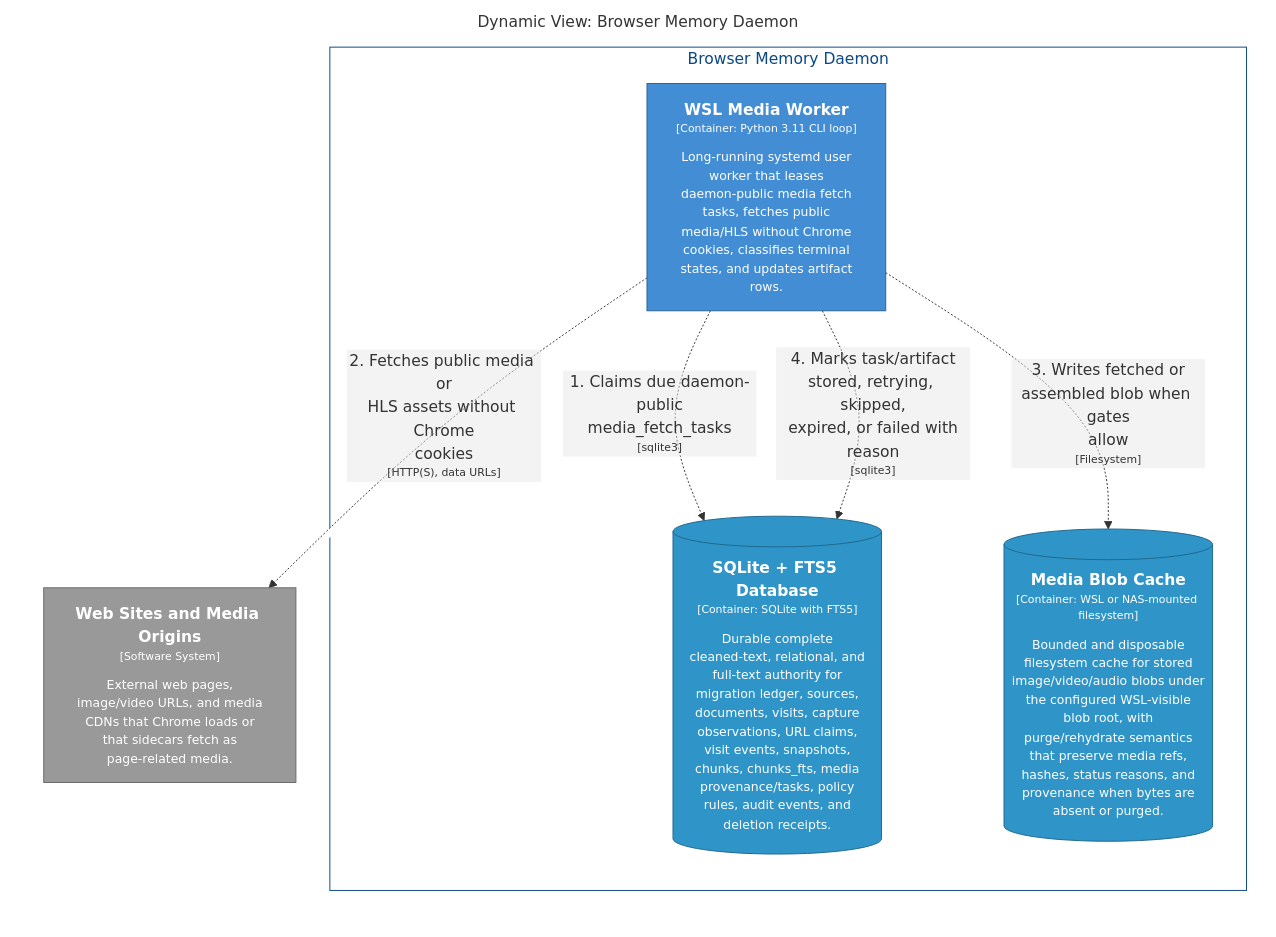
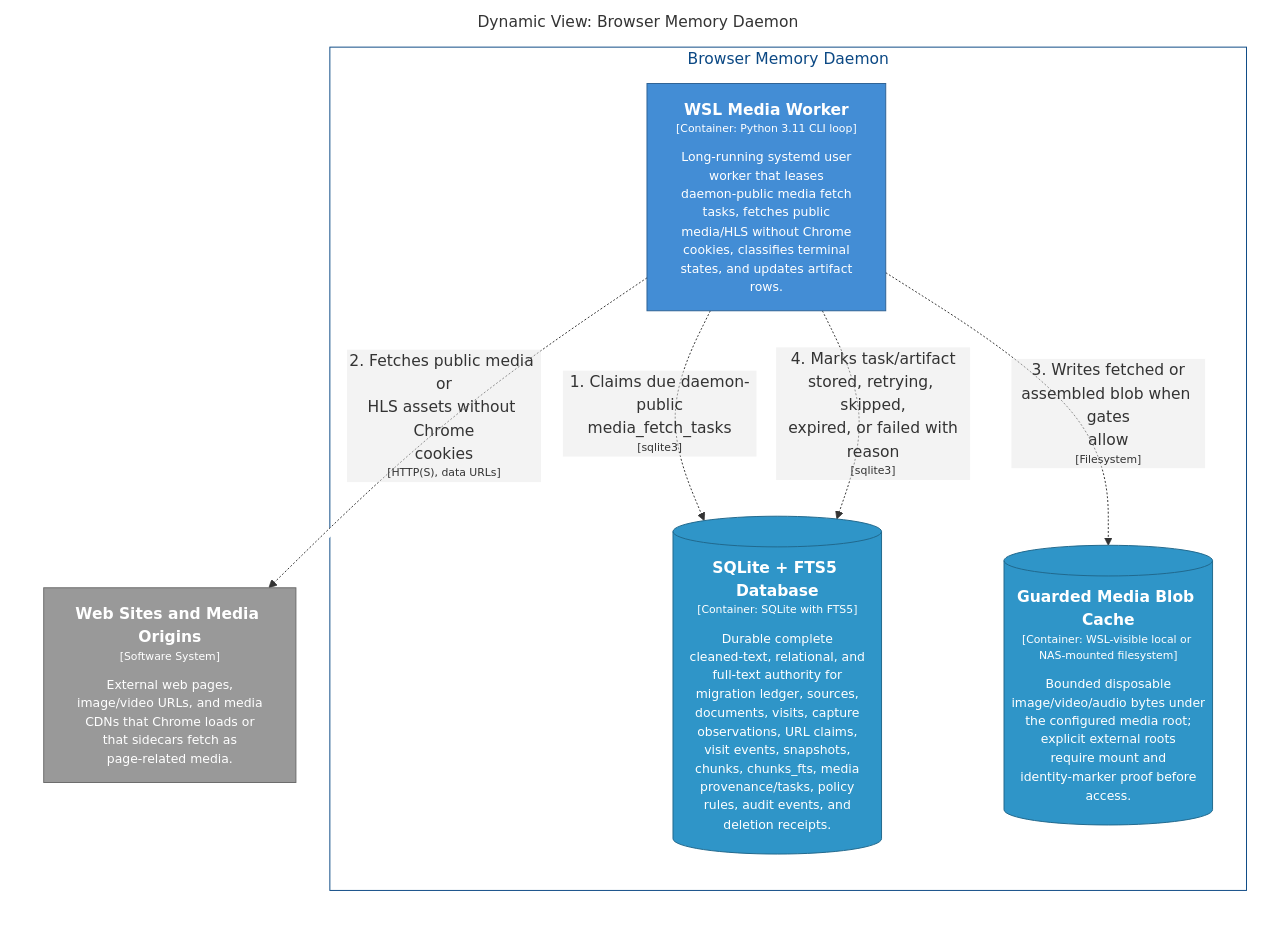
Before and after one commit to michaelnicks0/browser-memory-daemon: the diagram in docs/architecture/diagrams/markdown/DaemonPublicMediaWorkerFlow.md, drawn with Mermaid. The commit also changed 184 other files, not shown here.

Commit message:
feat(storage): split media root and add bounded spool

````diff
--- a/docs/architecture/diagrams/markdown/DaemonPublicMediaWorkerFlow.md
+++ b/docs/architecture/diagrams/markdown/DaemonPublicMediaWorkerFlow.md
@@ -16,28 +16,28 @@
 ```mermaid
 graph LR
   linkStyle default fill:#ffffff
 
   subgraph diagram ["Dynamic View: Browser Memory Daemon"]
     style diagram fill:#ffffff,stroke:#ffffff
 
     subgraph 4 ["Browser Memory Daemon"]
       style 4 fill:#ffffff,stroke:#0b4884,color:#0b4884
 
       26["<div style='font-weight: bold'>WSL Media Worker</div><div style='font-size: 70%; margin-top: 0px'>[Container: Python 3.11 CLI loop]</div><div style='font-size: 80%; margin-top:10px'>Long-running systemd user<br />worker that leases<br />daemon-public media fetch<br />tasks, fetches public<br />media/HLS without Chrome<br />cookies, classifies terminal<br />states, and updates artifact<br />rows.</div>"]
       style 26 fill:#438dd5,stroke:#2e6295,color:#ffffff
       29[("<div style='font-weight: bold'>SQLite + FTS5 Database</div><div style='font-size: 70%; margin-top: 0px'>[Container: SQLite with FTS5]</div><div style='font-size: 80%; margin-top:10px'>Durable complete<br />cleaned-text, relational, and<br />full-text authority for<br />migration ledger, sources,<br />documents, visits, capture<br />observations, URL claims,<br />visit events, snapshots,<br />chunks, chunks_fts, media<br />provenance/tasks, policy<br />rules, audit events, and<br />deletion receipts.</div>")]
       style 29 fill:#2f95c8,stroke:#20688c,color:#ffffff
-      31[("<div style='font-weight: bold'>Media Blob Cache</div><div style='font-size: 70%; margin-top: 0px'>[Container: WSL or NAS-mounted filesystem]</div><div style='font-size: 80%; margin-top:10px'>Bounded and disposable<br />filesystem cache for stored<br />image/video/audio blobs under<br />the configured WSL-visible<br />blob root, with<br />purge/rehydrate semantics<br />that preserve media refs,<br />hashes, status reasons, and<br />provenance when bytes are<br />absent or purged.</div>")]
+      31[("<div style='font-weight: bold'>Guarded Media Blob Cache</div><div style='font-size: 70%; margin-top: 0px'>[Container: WSL-visible local or NAS-mounted filesystem]</div><div style='font-size: 80%; margin-top:10px'>Bounded disposable<br />image/video/audio bytes under<br />the configured media root;<br />explicit external roots<br />require mount and<br />identity-marker proof before<br />access.</div>")]
       style 31 fill:#2f95c8,stroke:#20688c,color:#ffffff
     end
 
     3["<div style='font-weight: bold'>Web Sites and Media Origins</div><div style='font-size: 70%; margin-top: 0px'>[Software System]</div><div style='font-size: 80%; margin-top:10px'>External web pages,<br />image/video URLs, and media<br />CDNs that Chrome loads or<br />that sidecars fetch as<br />page-related media.</div>"]
     style 3 fill:#999999,stroke:#6b6b6b,color:#ffffff
 
     26-. "<div>1. Claims due daemon-public<br />media_fetch_tasks</div><div style='font-size: 70%'>[sqlite3]</div>" .->29
     26-. "<div>2. Fetches public media or<br />HLS assets without Chrome<br />cookies</div><div style='font-size: 70%'>[HTTP(S), data URLs]</div>" .->3
     26-. "<div>3. Writes fetched or<br />assembled blob when gates<br />allow</div><div style='font-size: 70%'>[Filesystem]</div>" .->31
     26-. "<div>4. Marks task/artifact<br />stored, retrying, skipped,<br />expired, or failed with<br />reason</div><div style='font-size: 70%'>[sqlite3]</div>" .->29
 
   end
 ```
````
